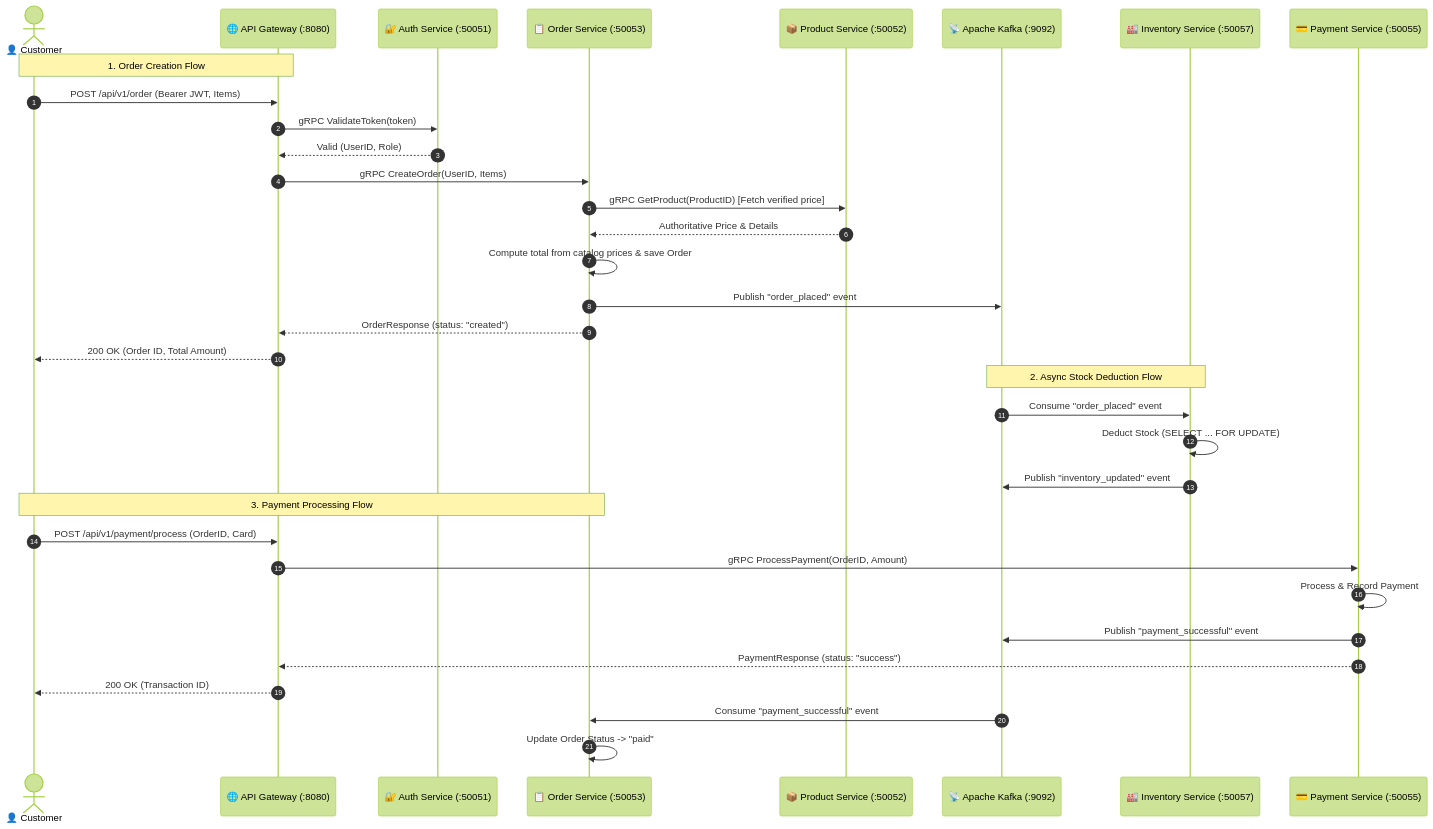
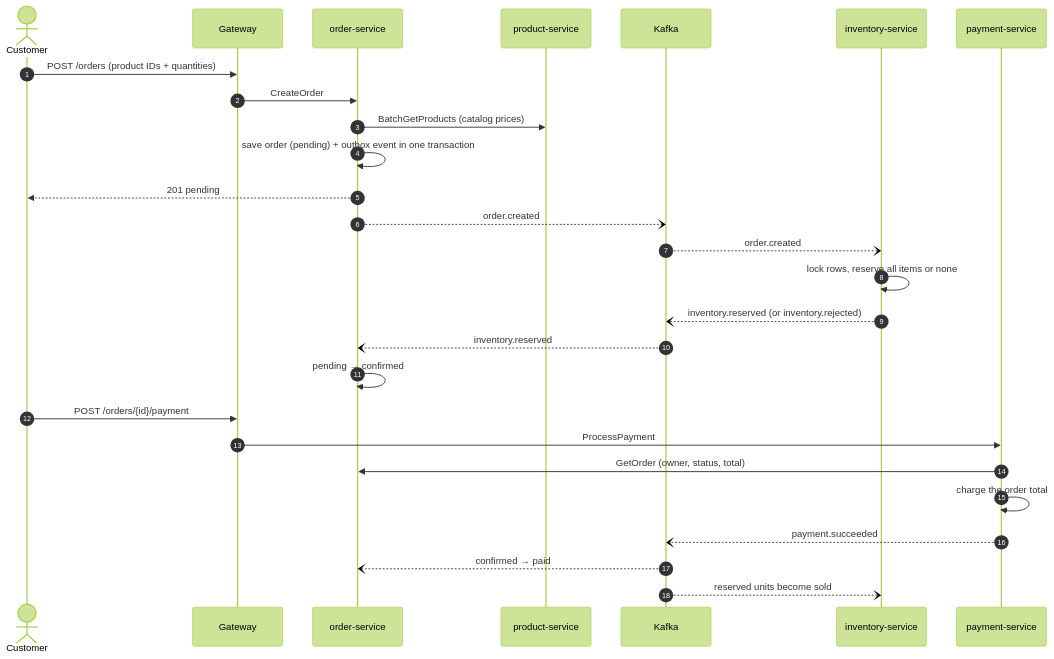
Before and after one commit to geoo115/E-commerceMicroservices: the second of 2 diagrams in README.md, drawn with Mermaid (forest theme). The commit also changed other lines of this file and 6 other files, not shown here.

First line of the commit message:
docs, ci: rewrite README, add architecture guide, CI pipeline and dev tooling

````diff
--- a/README.md
+++ b/README.md
@@ -109,41 +81,31 @@
 ```mermaid
 sequenceDiagram
     autonumber
-    actor Customer as 👤 Customer
-    participant Gateway as 🌐 API Gateway (:8080)
-    participant Auth as 🔐 Auth Service (:50051)
-    participant Order as 📋 Order Service (:50053)
-    participant Product as 📦 Product Service (:50052)
-    participant Kafka as 📡 Apache Kafka (:9092)
-    participant Inventory as 🏭 Inventory Service (:50057)
-    participant Payment as 💳 Payment Service (:50055)
+    actor C as Customer
+    participant G as Gateway
+    participant O as order-service
+    participant P as product-service
+    participant K as Kafka
+    participant I as inventory-service
+    participant Pay as payment-service
 
-    Note over Customer, Gateway: 1. Order Creation Flow
-    Customer->>Gateway: POST /api/v1/order (Bearer JWT, Items)
-    Gateway->>Auth: gRPC ValidateToken(token)
-    Auth-->>Gateway: Valid (UserID, Role)
-    Gateway->>Order: gRPC CreateOrder(UserID, Items)
-    
-    Order->>Product: gRPC GetProduct(ProductID) [Fetch verified price]
-    Product-->>Order: Authoritative Price & Details
-    Order->>Order: Compute total from catalog prices & save Order
-    Order->>Kafka: Publish "order_placed" event
-    Order-->>Gateway: OrderResponse (status: "created")
-    Gateway-->>Customer: 200 OK (Order ID, Total Amount)
+    C->>G: POST /orders (product IDs + quantities)
+    G->>O: CreateOrder
+    O->>P: BatchGetProducts (catalog prices)
+    O->>O: save order (pending) + outbox event in one transaction
+    O-->>C: 201 pending
+    O--)K: order.created
+    K--)I: order.created
+    I->>I: lock rows, reserve all items or none
+    I--)K: inventory.reserved (or inventory.rejected)
+    K--)O: inventory.reserved
+    O->>O: pending → confirmed
 
-    Note over Kafka, Inventory: 2. Async Stock Deduction Flow
-    Kafka->>Inventory: Consume "order_placed" event
-    Inventory->>Inventory: Deduct Stock (SELECT ... FOR UPDATE)
-    Inventory->>Kafka: Publish "inventory_updated" event
-
-    Note over Customer, Order: 3. Payment Processing Flow
-    Customer->>Gateway: POST /api/v1/payment/process (OrderID, Card)
-    Gateway->>Payment: gRPC ProcessPayment(OrderID, Amount)
-    Payment->>Payment: Process & Record Payment
-    Payment->>Kafka: Publish "payment_successful" event
-    Payment-->>Gateway: PaymentResponse (status: "success")
-    Gateway-->>Customer: 200 OK (Transaction ID)
-
-    Kafka->>Order: Consume "payment_successful" event
-    Order->>Order: Update Order Status -> "paid"
+    C->>G: POST /orders/{id}/payment
+    G->>Pay: ProcessPayment
+    Pay->>O: GetOrder (owner, status, total)
+    Pay->>Pay: charge the order total
+    Pay--)K: payment.succeeded
+    K--)O: confirmed → paid
+    K--)I: reserved units become sold
 ```
````
